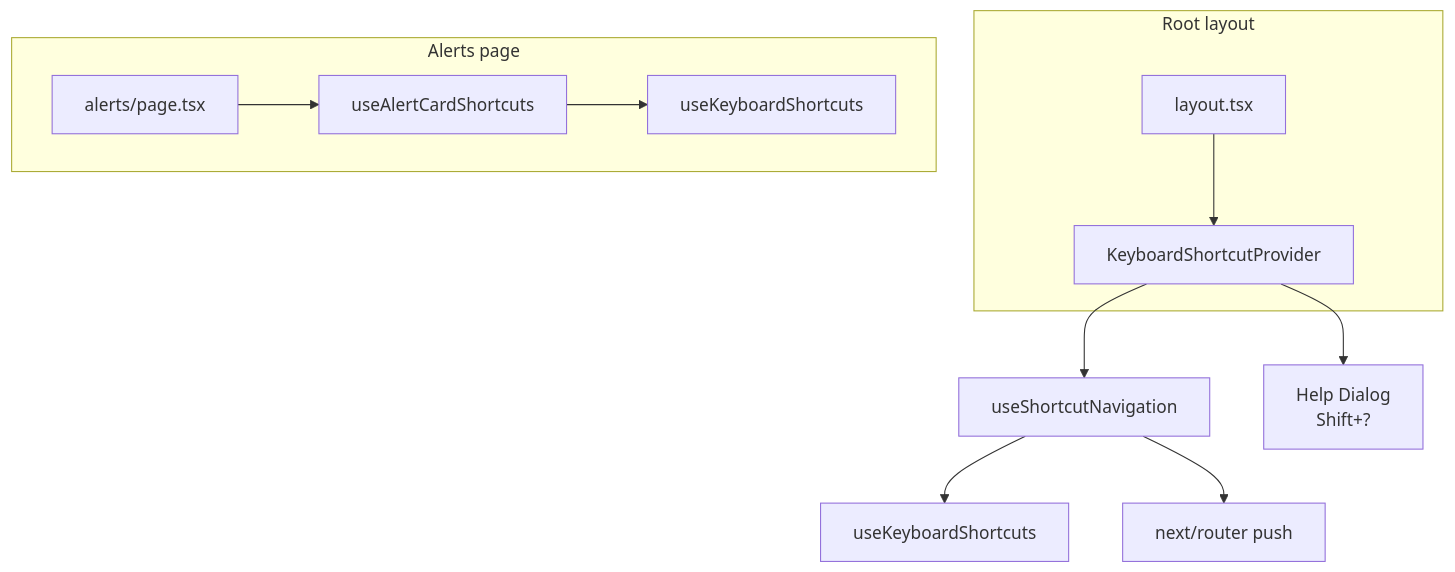
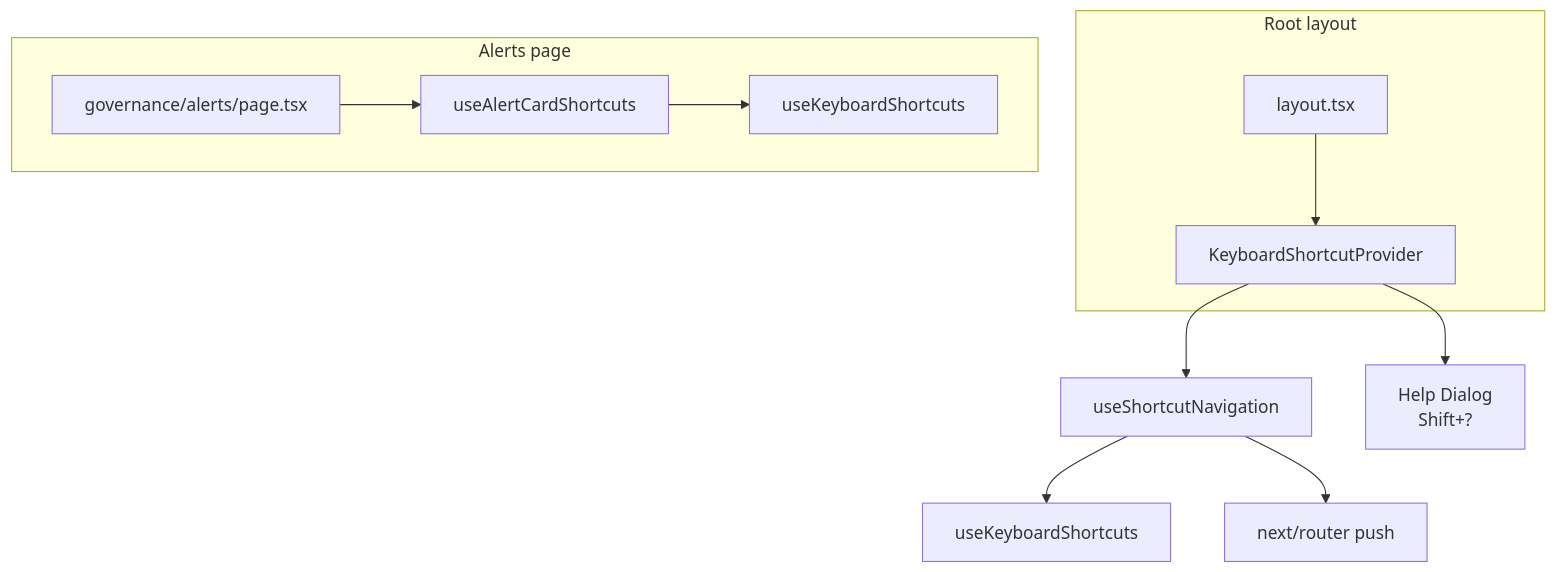
Before and after one commit to joefrancisGA/ArchLucid: the diagram in archlucid-ui/docs/KEYBOARD_SHORTCUTS.md, drawn with Mermaid. The commit also changed other lines of this file and 17 other files, not shown here.

````diff
--- a/archlucid-ui/docs/KEYBOARD_SHORTCUTS.md
+++ b/archlucid-ui/docs/KEYBOARD_SHORTCUTS.md
@@ -97,18 +97,18 @@
 ```mermaid
 flowchart TB
   subgraph root["Root layout"]
     L["layout.tsx"]
     KSP["KeyboardShortcutProvider"]
     L --> KSP
   end
   KSP --> USN["useShortcutNavigation"]
   USN --> UKS1["useKeyboardShortcuts"]
   USN --> R["next/router push"]
   KSP --> HD["Help Dialog\nShift+?"]
   subgraph alerts["Alerts page"]
-    AP["alerts/page.tsx"]
+    AP["governance/alerts/page.tsx"]
     UAC["useAlertCardShortcuts"]
     AP --> UAC
     UAC --> UKS2["useKeyboardShortcuts"]
   end
 ```
````
